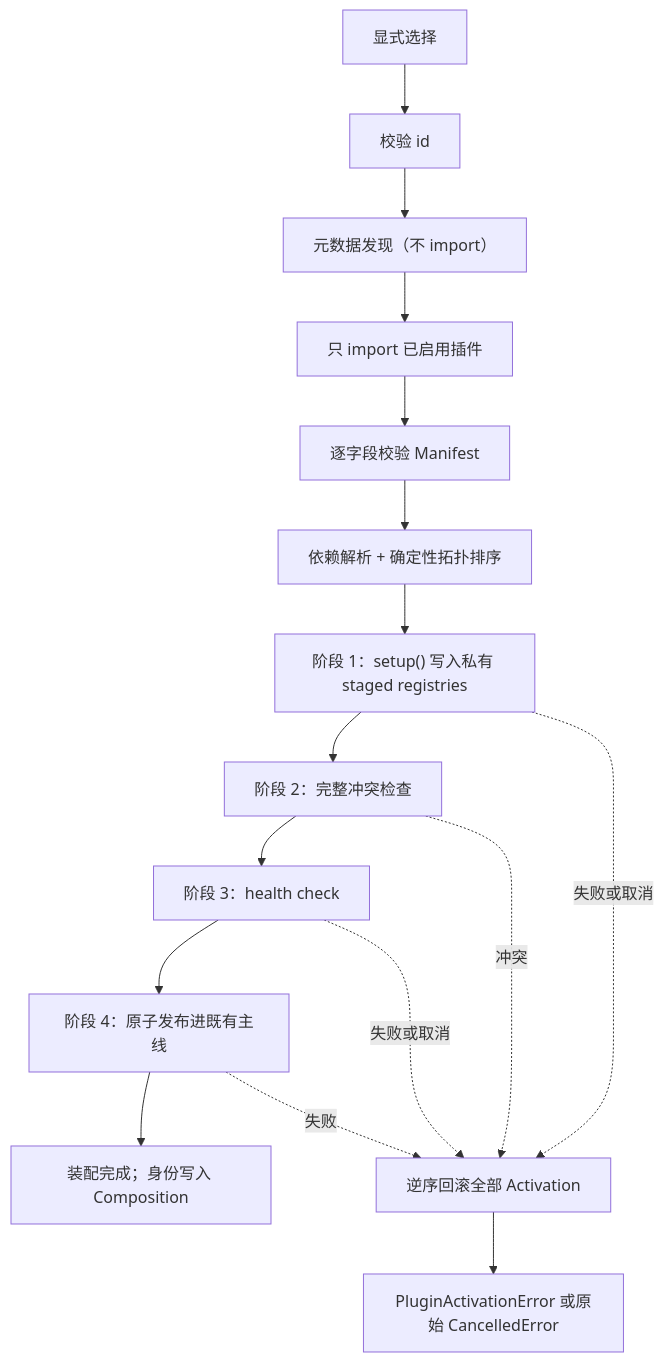
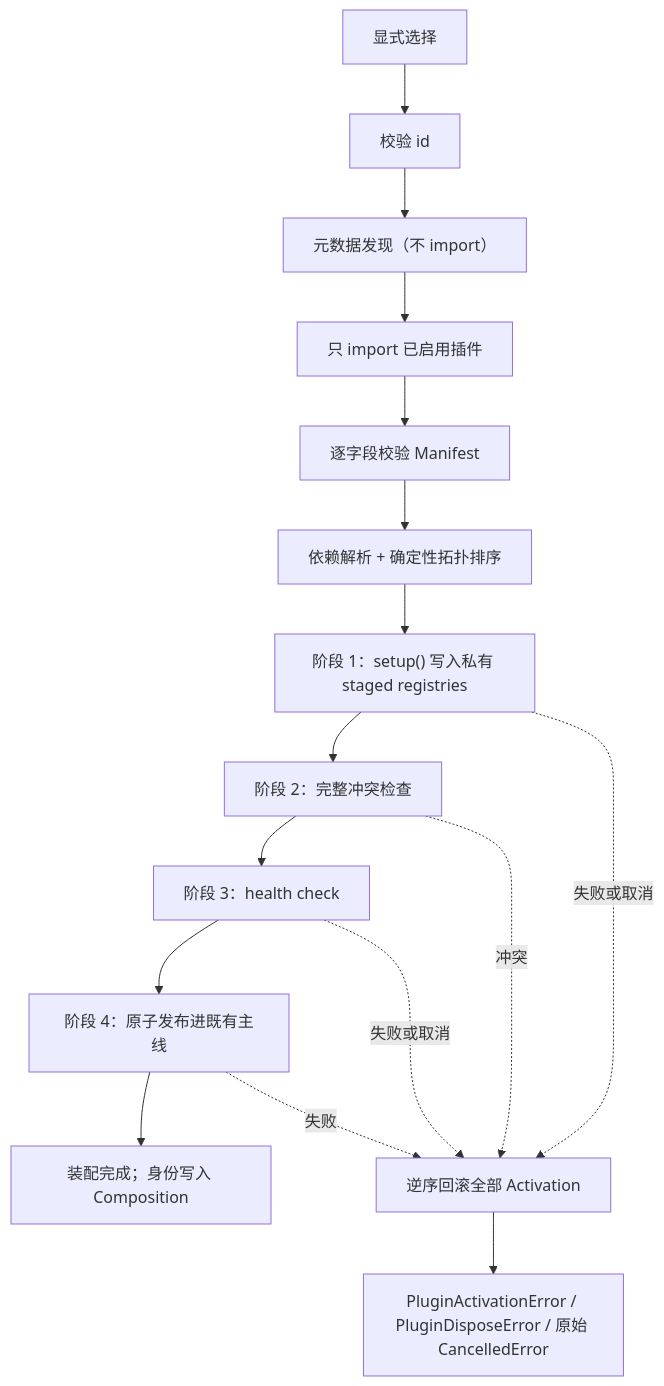
Diagram 11 of 11 in docs/note/project-context.md (uboyme/traceHarness), drawn with Mermaid before and after one commit. The commit also changed other lines of this file and 17 other files, not shown here.

````diff
--- a/docs/note/project-context.md
+++ b/docs/note/project-context.md
@@ -1372,18 +1372,18 @@
 ```mermaid
 flowchart TD
     SEL["显式选择"] --> VAL["校验 id"]
     VAL --> DISC["元数据发现（不 import）"]
     DISC --> LOAD["只 import 已启用插件"]
     LOAD --> MAN["逐字段校验 Manifest"]
     MAN --> DEP["依赖解析 + 确定性拓扑排序"]
     DEP --> P1["阶段 1：setup() 写入私有 staged registries"]
     P1 --> P2["阶段 2：完整冲突检查"]
     P2 --> P3["阶段 3：health check"]
     P3 --> P4["阶段 4：原子发布进既有主线"]
     P4 --> OK["装配完成；身份写入 Composition"]
     P1 -. "失败或取消" .-> RB["逆序回滚全部 Activation"]
     P2 -. "冲突" .-> RB
     P3 -. "失败或取消" .-> RB
     P4 -. "失败" .-> RB
-    RB --> ERR["PluginActivationError 或原始 CancelledError"]
+    RB --> ERR["PluginActivationError / PluginDisposeError / 原始 CancelledError"]
 ```
````
